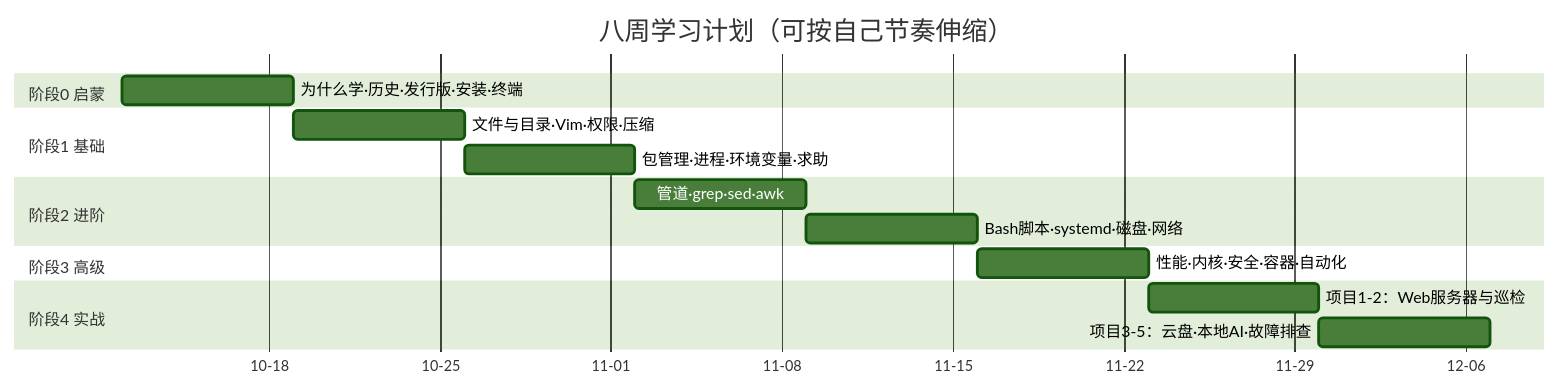
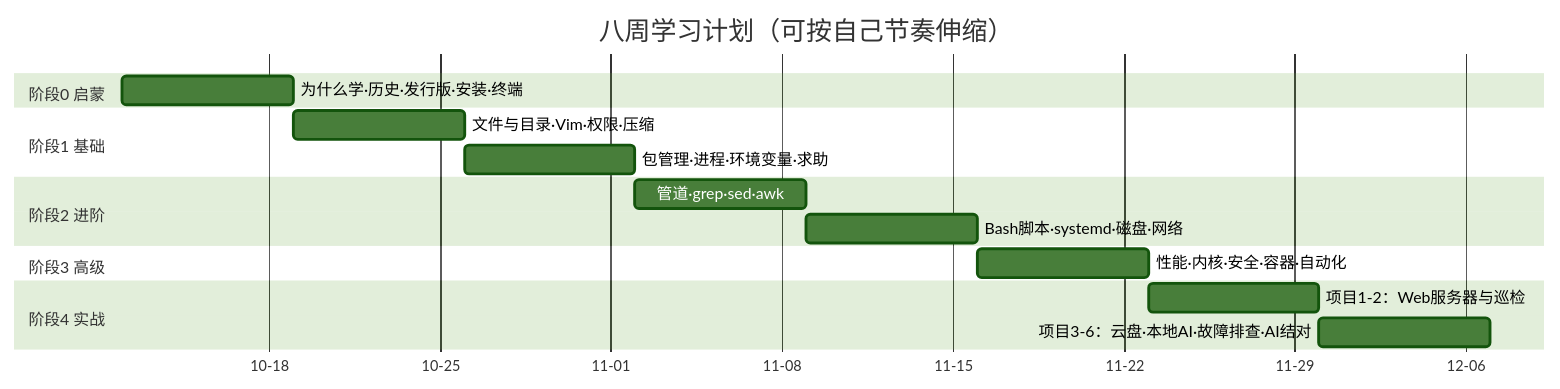
One commit to zhuguang-ZFG/linux changed the first of 2 diagrams in ROADMAP.md. Above: the diagram before and after it, drawn with Mermaid (forest theme). The commit also changed other lines of this file and 19 other files, not shown here.

First line of the commit message:
feat(content): AI 结对排障落章 — ROADMAP AI 支线转正为项目 6

````diff
--- a/ROADMAP.md
+++ b/ROADMAP.md
@@ -12,19 +12,19 @@
 ```mermaid
 gantt
     title 八周学习计划（可按自己节奏伸缩）
     dateFormat  YYYY-MM-DD
     axisFormat  %m-%d
     section 阶段0 启蒙
     为什么学·历史·发行版·安装·终端  :a1, 2026-10-12, 7d
     section 阶段1 基础
     文件与目录·Vim·权限·压缩        :a2, 2026-10-19, 7d
     包管理·进程·环境变量·求助       :a3, 2026-10-26, 7d
     section 阶段2 进阶
     管道·grep·sed·awk              :a4, 2026-11-02, 7d
     Bash脚本·systemd·磁盘·网络      :a5, 2026-11-09, 7d
     section 阶段3 高级
     性能·内核·安全·容器·自动化      :a6, 2026-11-16, 7d
     section 阶段4 实战
     项目1-2：Web服务器与巡检        :a7, 2026-11-23, 7d
-    项目3-5：云盘·本地AI·故障排查   :a8, 2026-11-30, 7d
+    项目3-6：云盘·本地AI·故障排查·AI结对   :a8, 2026-11-30, 7d
 ```
````
